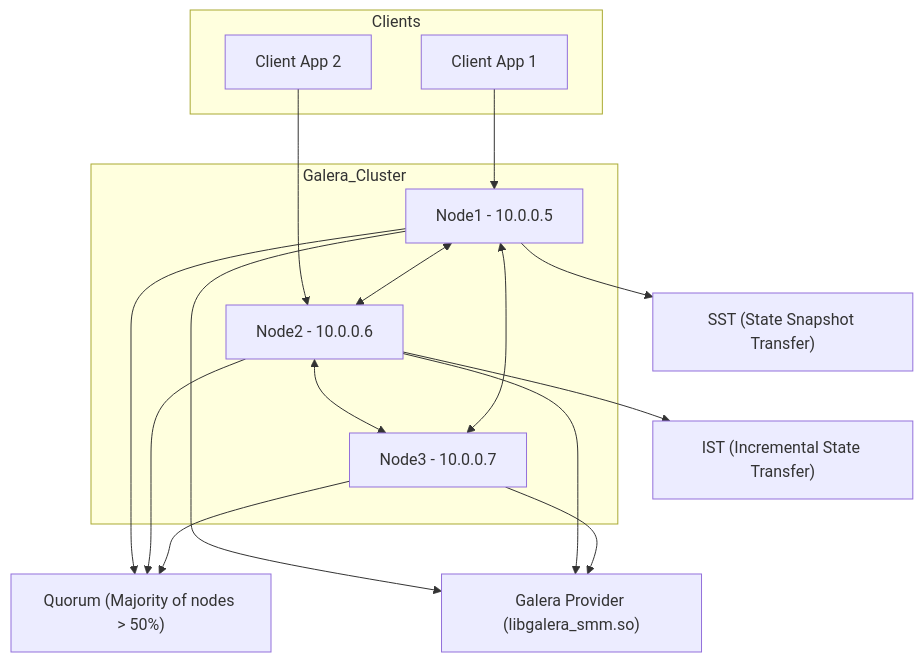
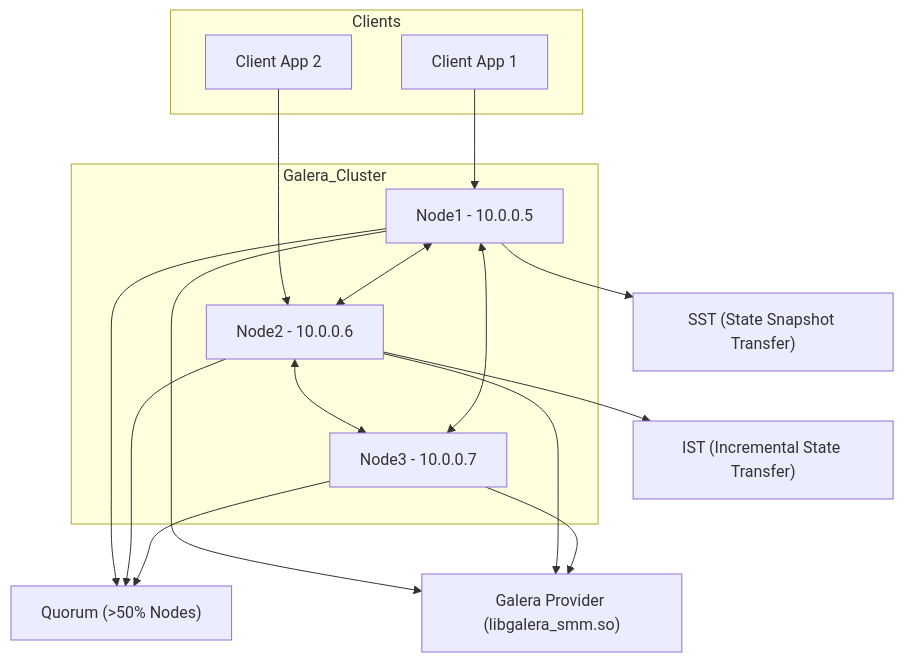
One commit to ugurcomptech/HA-Web-Architecture changed the second of 2 diagrams in README.md. Above: the diagram before and after it, drawn with Mermaid. The commit also changed other lines of this file, not shown here.

````diff
--- a/README.md
+++ b/README.md
@@ -86,34 +79,29 @@
 ```mermaid
 flowchart TD
     subgraph Galera_Cluster
         N1["Node1 - 10.0.0.5"]
         N2["Node2 - 10.0.0.6"]
         N3["Node3 - 10.0.0.7"]
     end
-
     subgraph Clients
         C1["Client App 1"]
         C2["Client App 2"]
     end
-
     C1 --> N1
     C2 --> N2
-
     N1 <--> N2
     N2 <--> N3
     N3 <--> N1
-
     SST["SST (State Snapshot Transfer)"]
     IST["IST (Incremental State Transfer)"]
-    Quorum["Quorum (Majority of nodes > 50%)"]
+    Quorum["Quorum (>50% Nodes)"]
     Provider["Galera Provider (libgalera_smm.so)"]
-
     N1 --> SST
     N2 --> IST
     N1 --> Quorum
     N2 --> Quorum
     N3 --> Quorum
     N1 --> Provider
     N2 --> Provider
     N3 --> Provider
 ```
````
